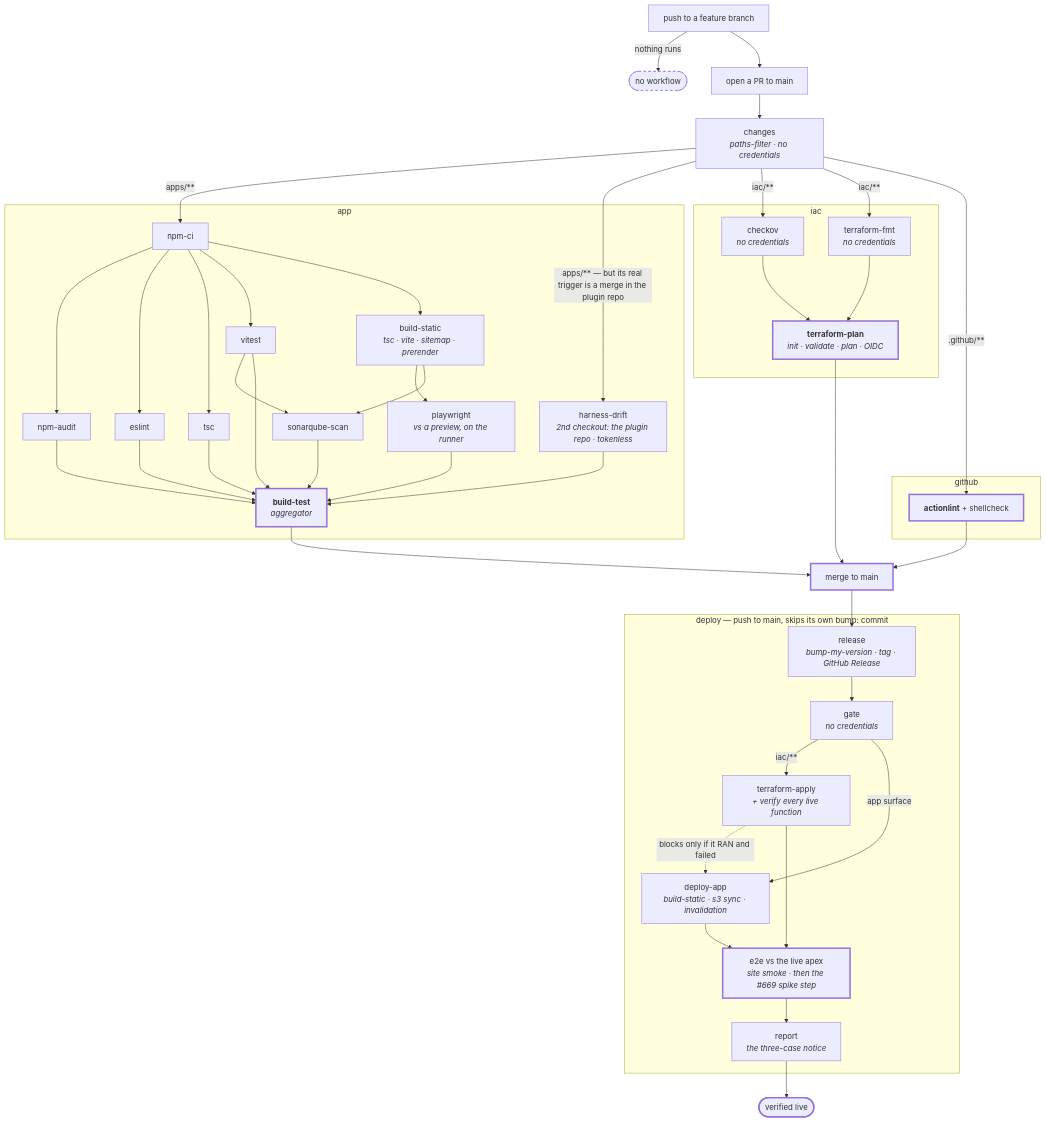
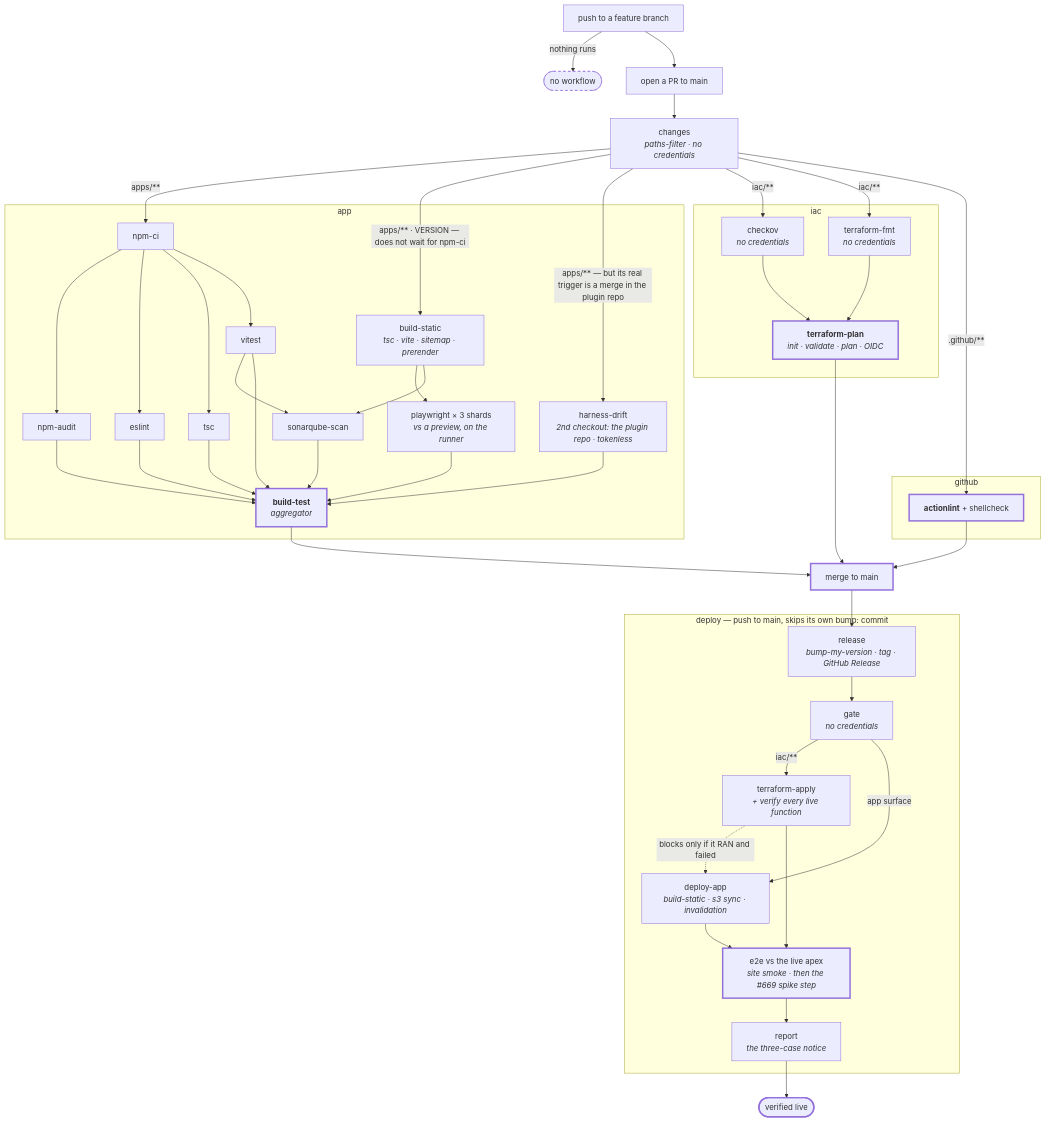
One commit to tedeuxx/tadeumendonca-io changed the diagram in .github/workflows/README.md. Above: the diagram before and after it, drawn with Mermaid. The commit also changed other lines of this file and 1 other file, not shown here.

First line of the commit message:
docs(ci): record the sharded playwright and the before figure in the pipeline map

````diff
--- a/.github/workflows/README.md
+++ b/.github/workflows/README.md
@@ -16,70 +16,71 @@
 ```mermaid
 flowchart TD
     A["push to a feature branch"] -->|"nothing runs"| A2(["no workflow"])
     A --> B["open a PR to main"]
 
     B --> CH["changes<br/><i>paths-filter · no credentials</i>"]
 
     subgraph appwf["app"]
         NC["npm-ci"]
         NC --> NA["npm-audit"]
         NC --> ES["eslint"]
         NC --> TS["tsc"]
         NC --> VI["vitest"]
-        NC --> BS["build-static<br/><i>tsc · vite · sitemap · prerender</i>"]
-        BS --> PW["playwright<br/><i>vs a preview, on the runner</i>"]
+        BS["build-static<br/><i>tsc · vite · sitemap · prerender</i>"]
+        BS --> PW["playwright × 3 shards<br/><i>vs a preview, on the runner</i>"]
         VI --> SQ["sonarqube-scan"]
         BS --> SQ
         HD["harness-drift<br/><i>2nd checkout: the plugin repo · tokenless</i>"]
         NA --> GATE["<b>build-test</b><br/><i>aggregator</i>"]
         ES --> GATE
         TS --> GATE
         VI --> GATE
         PW --> GATE
         HD --> GATE
         SQ --> GATE
     end
 
     subgraph iacwf["iac"]
         CK["checkov<br/><i>no credentials</i>"]
         TF["terraform-fmt<br/><i>no credentials</i>"]
         CK --> TP["<b>terraform-plan</b><br/><i>init · validate · plan · OIDC</i>"]
         TF --> TP
     end
 
     subgraph ghwf["github"]
         AL["<b>actionlint</b> + shellcheck"]
     end
 
     CH -->|"apps/**"| NC
+    CH -->|"apps/** · VERSION — does not wait for npm-ci"| BS
     CH -->|"apps/** — but its real trigger is a merge in the plugin repo"| HD
     CH -->|"iac/**"| CK
     CH -->|"iac/**"| TF
     CH -->|".github/**"| AL
 
     GATE --> M["merge to main"]
     TP --> M
     AL --> M
 
     subgraph deploywf["deploy — push to main, skips its own bump: commit"]
         RE["release<br/><i>bump-my-version · tag · GitHub Release</i>"]
         RE --> DG["gate<br/><i>no credentials</i>"]
         DG -->|"iac/**"| TA["terraform-apply<br/><i>+ verify every live function</i>"]
         DG -->|"app surface"| DA["deploy-app<br/><i>build-static · s3 sync · invalidation</i>"]
         TA -.->|"blocks only if it RAN and failed"| DA
         TA --> E2["e2e vs the live apex<br/><i>site smoke · then the #669 spike step</i>"]
         DA --> E2
         E2 --> RP["report<br/><i>the three-case notice</i>"]
     end
 
     M --> RE
     RP --> LIVE(["verified live"])
 
     style A2 stroke-dasharray: 5 5
     style GATE stroke-width:3px
     style TP stroke-width:3px
     style AL stroke-width:3px
     style M stroke-width:3px
     style LIVE stroke-width:3px
     style E2 stroke-width:3px
 ```
````
